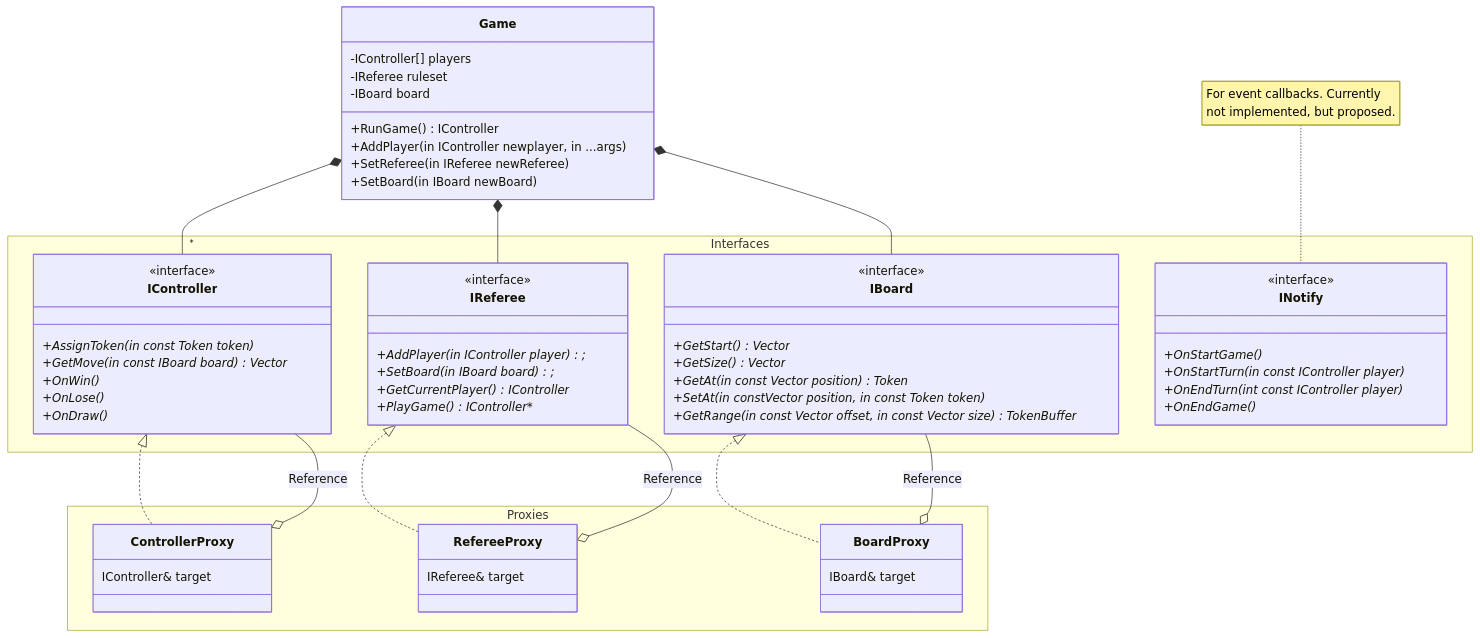
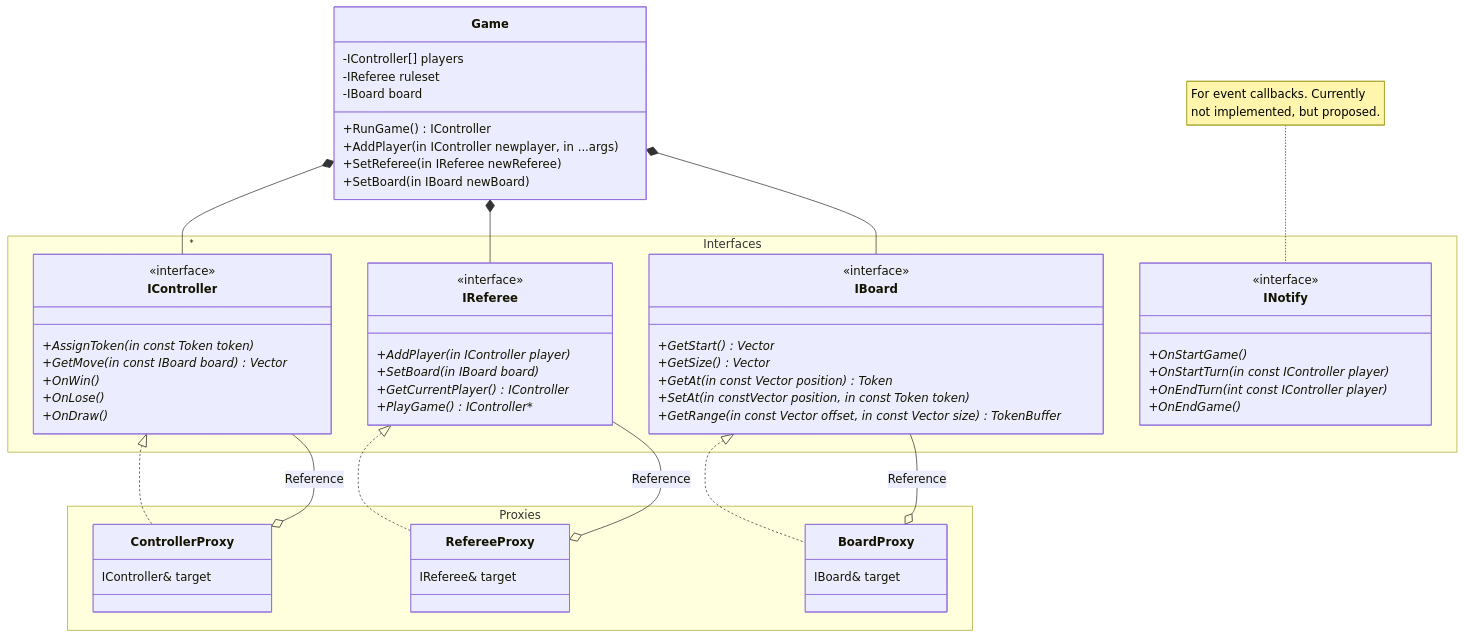
The first of 3 diagrams in docs/structure.md (Ultranerdguy/ConnectX), drawn with Mermaid before and after one commit. The commit also changed other lines of this file and 4 other files, not shown here.

```diff
--- a/docs/structure.md
+++ b/docs/structure.md
@@ -46,8 +46,8 @@
 
 class IReferee {
   <<interface>>
-  +AddPlayer(in IController player);*
-  +SetBoard(in IBoard board)*;
+  +AddPlayer(in IController player)*
+  +SetBoard(in IBoard board)*
   +GetCurrentPlayer() IController*
   +PlayGame() IController**
 }
```
